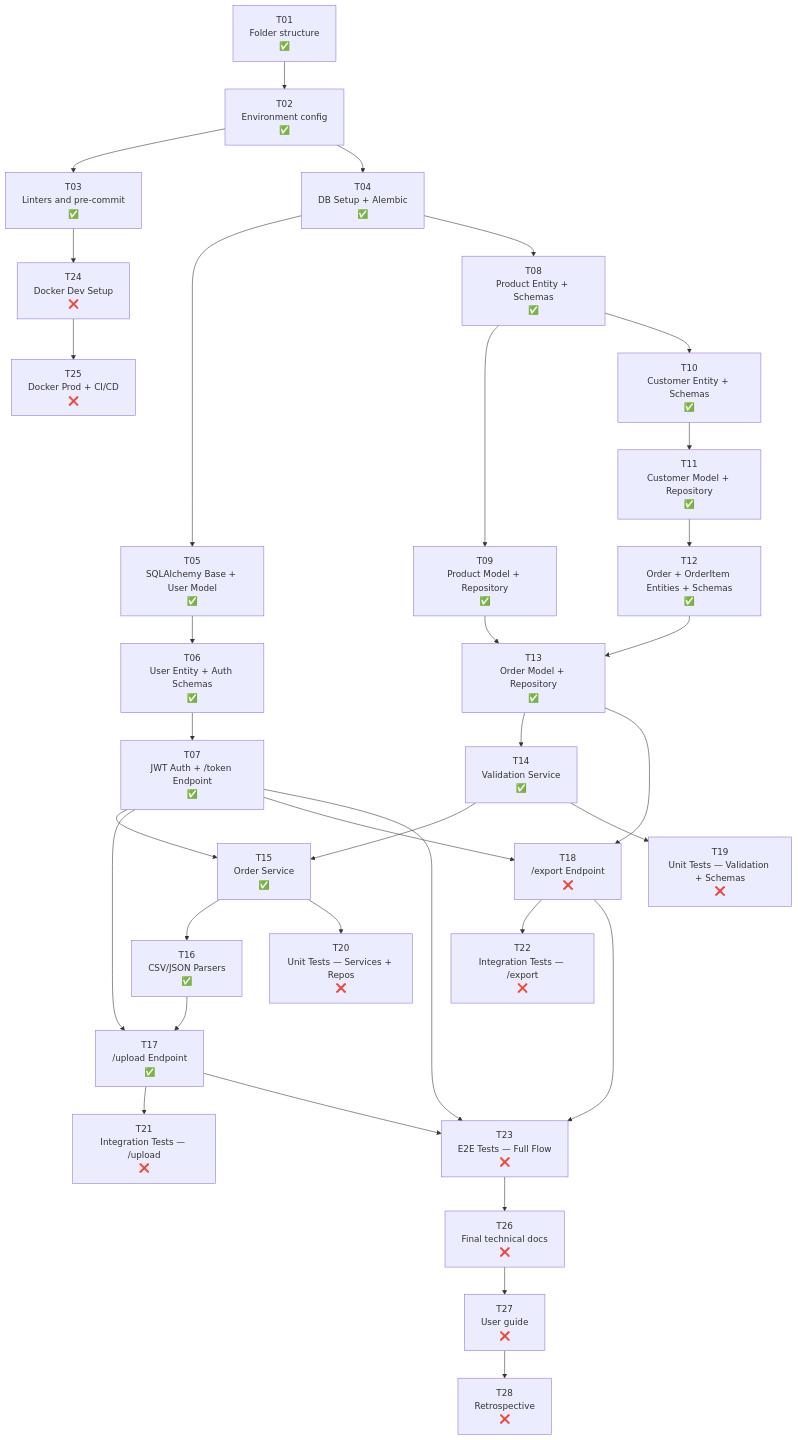
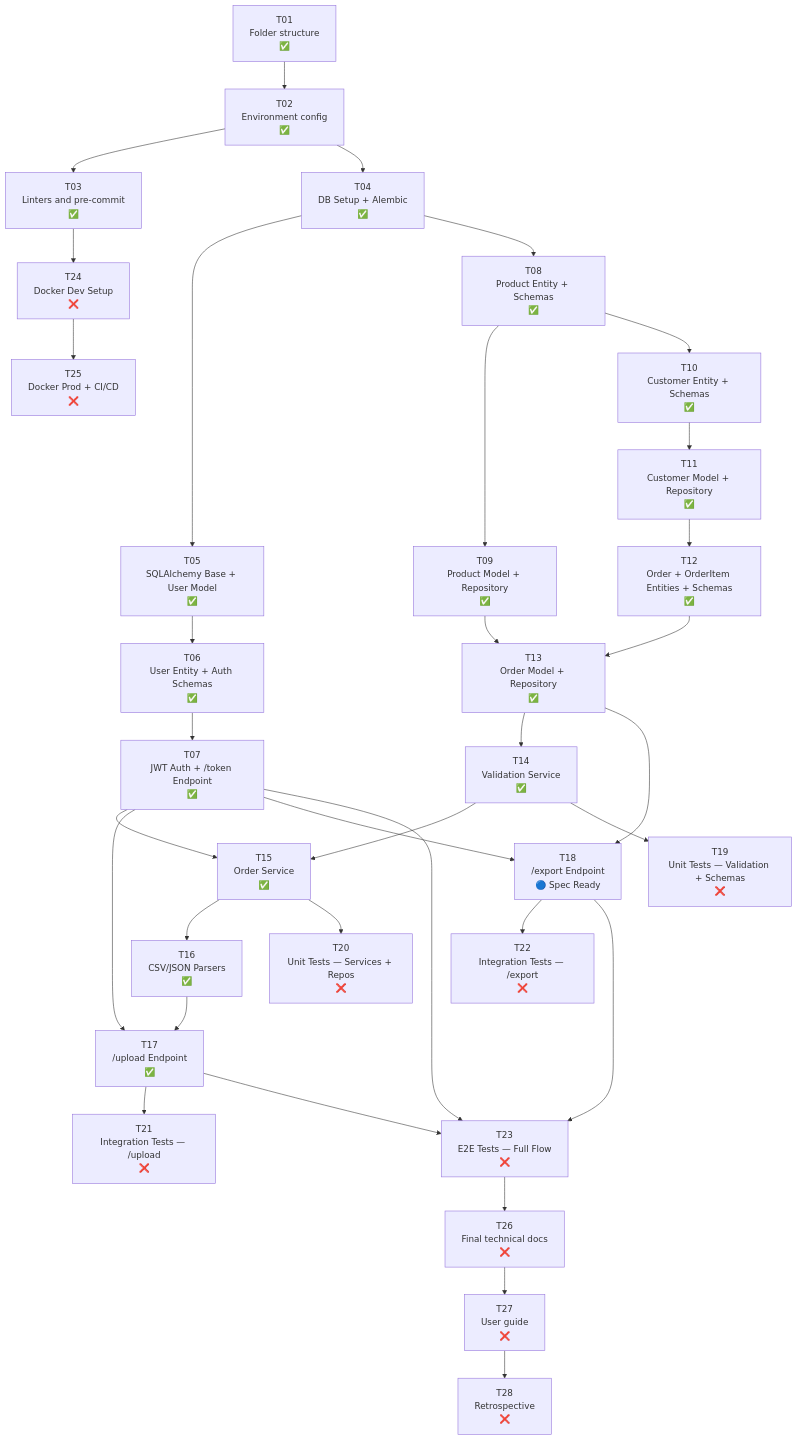
One commit to Fisherk2/api-csv-bulk-import changed the diagram in WORKFLOW.md. Above: the diagram before and after it, drawn with Mermaid. The commit also changed other lines of this file, not shown here.

First line of the commit message:
docs: mark P5 as Spec Ready, P4 finalized

````diff
--- a/WORKFLOW.md
+++ b/WORKFLOW.md
@@ -279,43 +280,43 @@
 ```mermaid
 graph TD
     T01[T01\nFolder structure\n✅] --> T02[T02\nEnvironment config\n✅]
     T02 --> T03[T03\nLinters and pre-commit\n✅]
 
     T02 --> T04[T04\nDB Setup + Alembic\n✅]
     T04 --> T05[T05\nSQLAlchemy Base + User Model\n✅]
     T05 --> T06[T06\nUser Entity + Auth Schemas\n✅]
     T06 --> T07[T07\nJWT Auth + /token Endpoint\n✅]
 
     T04 --> T08[T08\nProduct Entity + Schemas\n✅]
     T08 --> T09[T09\nProduct Model + Repository\n✅]
 
     T08 --> T10[T10\nCustomer Entity + Schemas\n✅]
     T10 --> T11[T11\nCustomer Model + Repository\n✅]
     T11 --> T12[T12\nOrder + OrderItem Entities + Schemas\n✅]
     T12 --> T13[T13\nOrder Model + Repository\n✅]
     T09 --> T13
     T13 --> T14[T14\nValidation Service\n✅]
     T14 --> T15[T15\nOrder Service\n✅]
     T07 --> T15
     T15 --> T16[T16\nCSV/JSON Parsers\n✅]
     T16 --> T17[T17\n/upload Endpoint\n✅]
     T07 --> T17
 
-    T13 --> T18[T18\n/export Endpoint\n❌]
+    T13 --> T18[T18\n/export Endpoint\n🔵 Spec Ready]
     T07 --> T18
 
     T14 --> T19[T19\nUnit Tests — Validation + Schemas\n❌]
     T15 --> T20[T20\nUnit Tests — Services + Repos\n❌]
     T17 --> T21[T21\nIntegration Tests — /upload\n❌]
     T18 --> T22[T22\nIntegration Tests — /export\n❌]
     T07 --> T23[T23\nE2E Tests — Full Flow\n❌]
     T17 --> T23
     T18 --> T23
 
     T03 --> T24[T24\nDocker Dev Setup\n❌]
     T24 --> T25[T25\nDocker Prod + CI/CD\n❌]
 
     T23 --> T26[T26\nFinal technical docs\n❌]
     T26 --> T27[T27\nUser guide\n❌]
     T27 --> T28[T28\nRetrospective\n❌]
 ```
````
